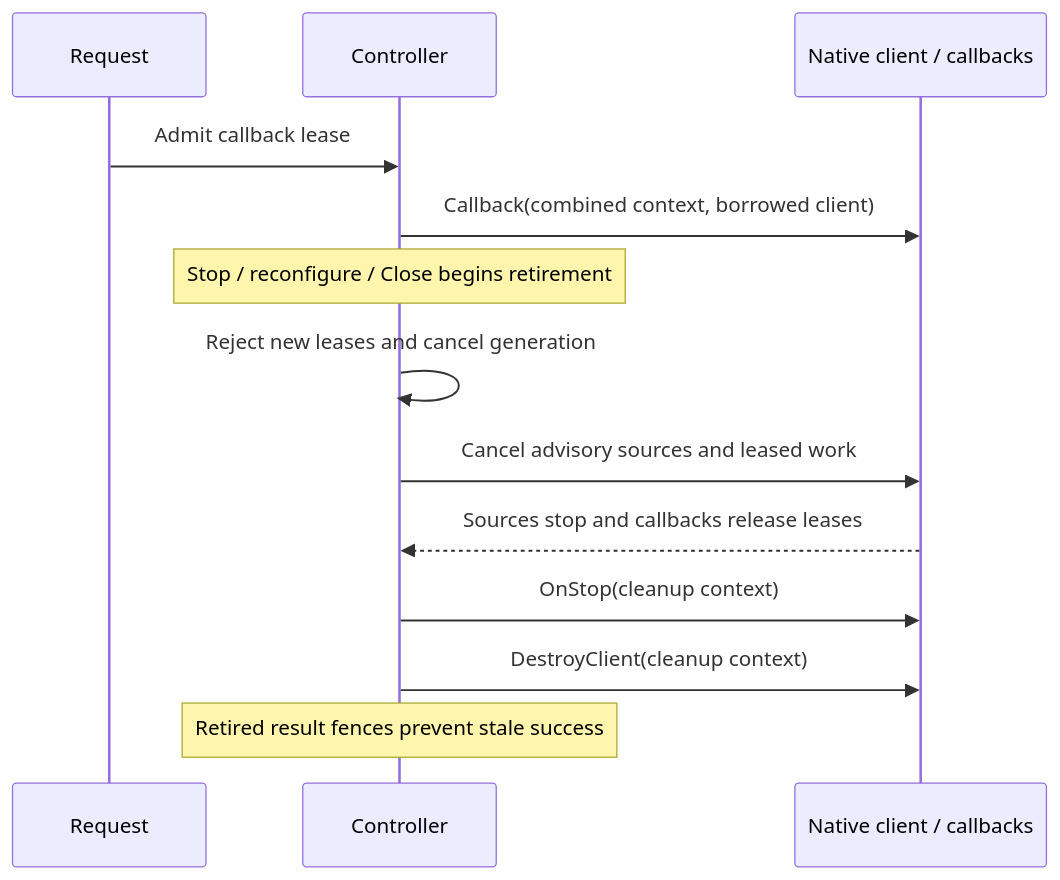
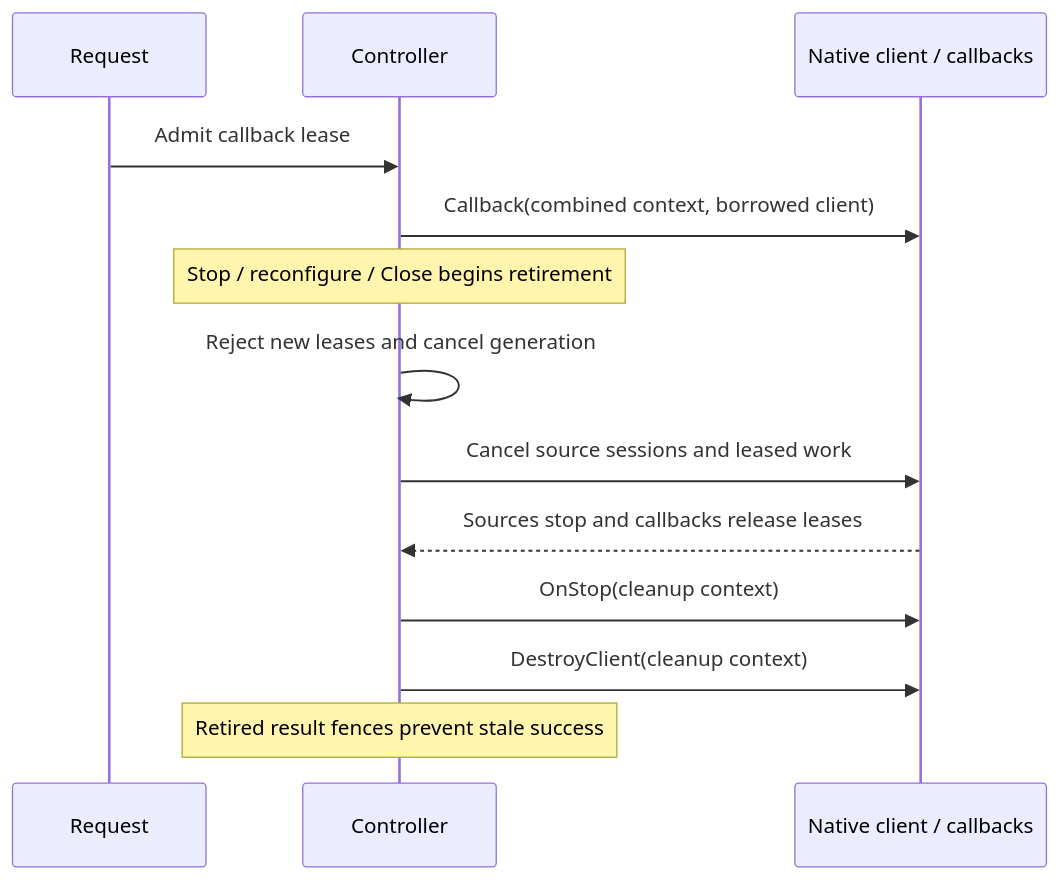
One commit to omniviewdev/plugin-sdk changed the second of 2 diagrams in docs/connections.md. Above: the diagram before and after it, drawn with Mermaid. The commit also changed other lines of this file and 49 other files, not shown here.

First line of the commit message:
feat(resource)!: replace best-effort watch with source sessions

````diff
--- a/docs/connections.md
+++ b/docs/connections.md
@@ -195,15 +195,15 @@
 ```mermaid
 sequenceDiagram
     participant Request
     participant Controller
     participant Native as Native client / callbacks
     Request->>Controller: Admit callback lease
     Controller->>Native: Callback(combined context, borrowed client)
     Note over Controller: Stop / reconfigure / Close begins retirement
     Controller->>Controller: Reject new leases and cancel generation
-    Controller->>Native: Cancel advisory sources and leased work
+    Controller->>Native: Cancel source sessions and leased work
     Native-->>Controller: Sources stop and callbacks release leases
     Controller->>Native: OnStop(cleanup context)
     Controller->>Native: DestroyClient(cleanup context)
     Note over Controller: Retired result fences prevent stale success
 ```
````
